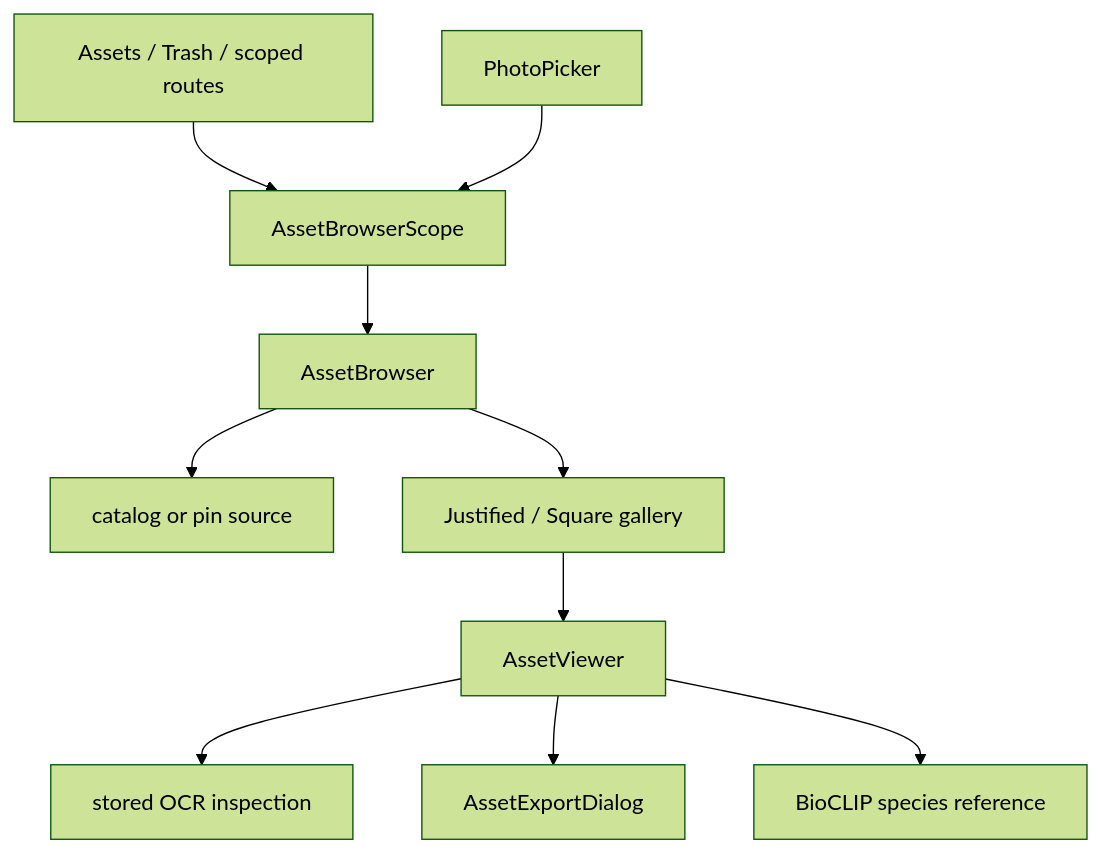
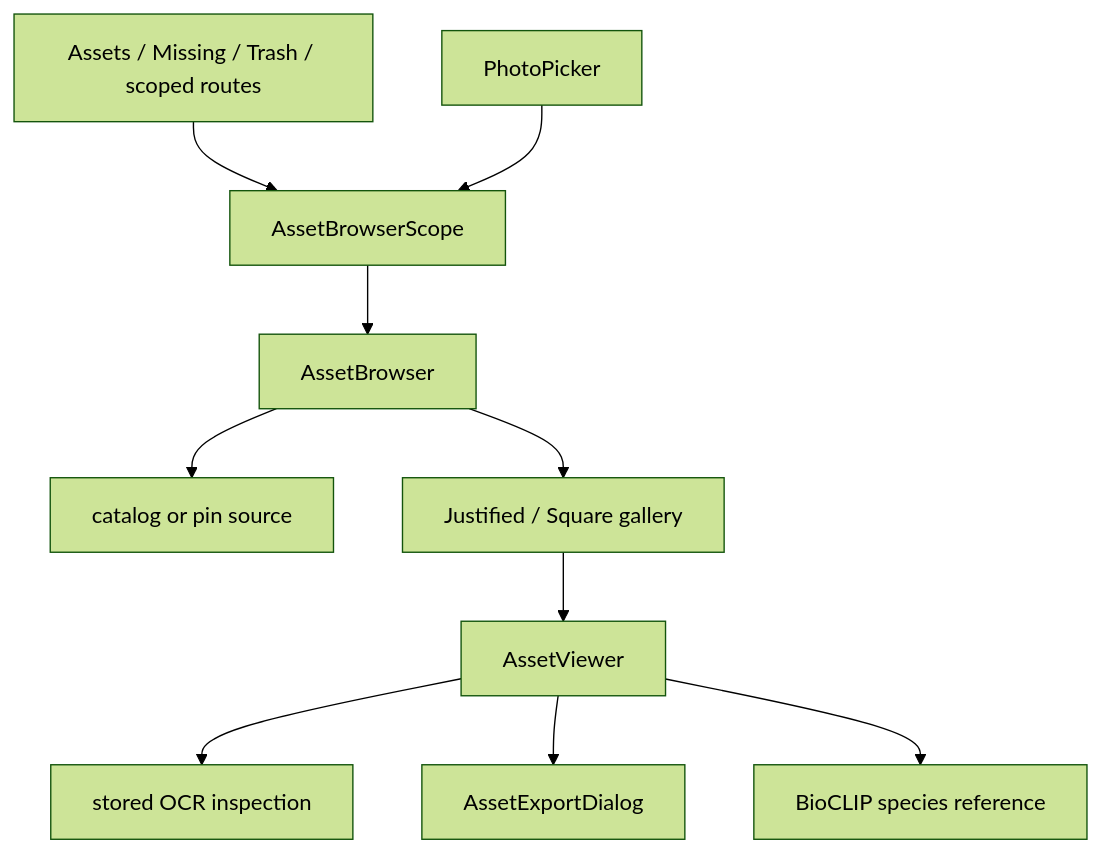
One commit to EdwinZhanCN/Lumilio-Photos changed the diagram in web/src/features/assets/doc.md. Above: the diagram before and after it, drawn with Mermaid (forest theme). The commit also changed other lines of this file and 67 other files, not shown here.

Commit message:
feat(assets): expose lifecycle API and Missing and Trash views

````diff
--- a/web/src/features/assets/doc.md
+++ b/web/src/features/assets/doc.md
@@ -26,12 +26,12 @@
 ```mermaid
 flowchart TD
-    ROUTES["Assets / Trash / scoped routes"] --> SCOPE["AssetBrowserScope"]
+    ROUTES["Assets / Missing / Trash / scoped routes"] --> SCOPE["AssetBrowserScope"]
     SCOPE --> BROWSER["AssetBrowser"]
     BROWSER --> SOURCE["catalog or pin source"]
     BROWSER --> GALLERY["Justified / Square gallery"]
     GALLERY --> VIEWER["AssetViewer"]
     VIEWER --> OCR["stored OCR inspection"]
     VIEWER --> EXPORT["AssetExportDialog"]
     VIEWER --> SPECIES["BioCLIP species reference"]
     PICKER["PhotoPicker"] --> SCOPE
 ```
````
